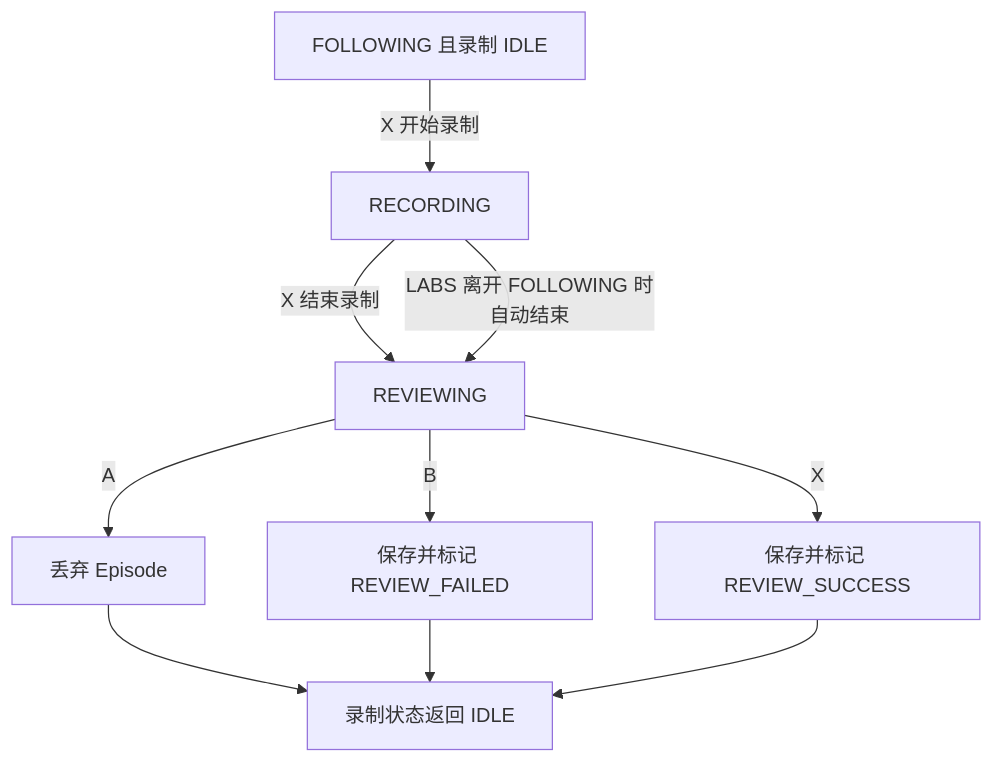
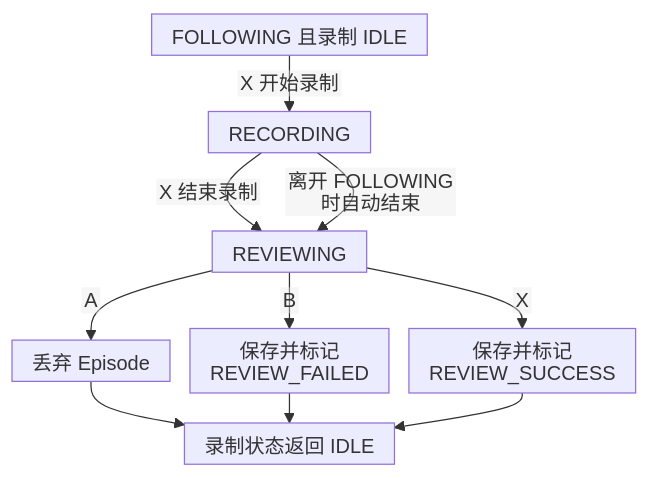
The third of 4 diagrams in 7、遥操作同步、跟随及异常处理.md (YYxzz8866/Quest-Proposal), drawn with Mermaid before and after one commit. The commit also changed other lines of this file and 9 other files, not shown here.

````diff
--- a/7、遥操作同步、跟随及异常处理.md
+++ b/7、遥操作同步、跟随及异常处理.md
@@ -126,17 +81,18 @@
 ```mermaid
+%%{init: {"htmlLabels": false, "flowchart": {"htmlLabels": false, "useMaxWidth": true, "nodeSpacing": 16, "rankSpacing": 24, "padding": 8}}}%%
 flowchart TD
     Idle["FOLLOWING 且录制 IDLE"]
     Rec["RECORDING"]
     Review["REVIEWING"]
     Discard["丢弃 Episode"]
-    Failed["保存并标记 REVIEW_FAILED"]
-    Success["保存并标记 REVIEW_SUCCESS"]
+    Failed["保存并标记<br/>REVIEW_FAILED"]
+    Success["保存并标记<br/>REVIEW_SUCCESS"]
     Done["录制状态返回 IDLE"]
 
     Idle -->|X 开始录制| Rec
     Rec -->|X 结束录制| Review
-    Rec -->|LABS 离开 FOLLOWING 时自动结束| Review
+    Rec -->|"离开 FOLLOWING<br/>时自动结束"| Review
     Review -->|A| Discard --> Done
     Review -->|B| Failed --> Done
     Review -->|X| Success --> Done
 ```
````
